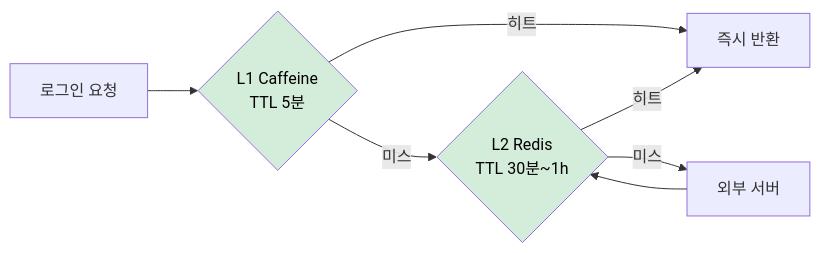
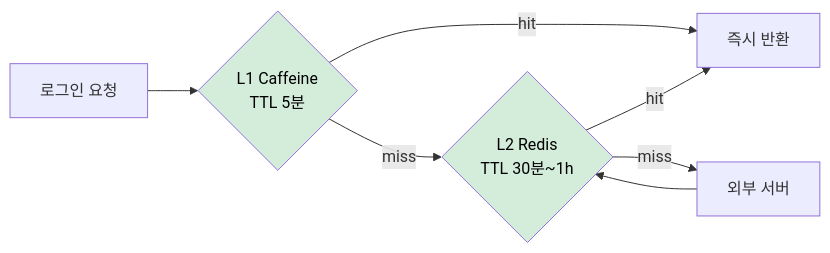
Before and after one commit to sujinnkim/A_Personal: the third of 4 diagrams in docs/04-architecture-analysis/3.2-problem-analysis-and-strategy/AS-03-외부권한조회다층캐시적용.md, drawn with Mermaid. The commit also changed other lines of this file and 10 other files, not shown here.

First line of the commit message:
docs: 캐시 관련 한국어 표기 '히트'/'미스' → 영어 'hit'/'miss' 통일

````diff
--- a/docs/04-architecture-analysis/3.2-problem-analysis-and-strategy/AS-03-외부권한조회다층캐시적용.md
+++ b/docs/04-architecture-analysis/3.2-problem-analysis-and-strategy/AS-03-외부권한조회다층캐시적용.md
@@ -79,11 +79,11 @@
 ```mermaid
 flowchart LR
     REQ["로그인 요청"] --> L1{"L1 Caffeine\nTTL 5분"}
-    L1 -->|"히트"| RESP["즉시 반환"]
-    L1 -->|"미스"| L2{"L2 Redis\nTTL 30분~1h"}
-    L2 -->|"히트"| RESP
-    L2 -->|"미스"| EXT["외부 서버"]
+    L1 -->|"hit"| RESP["즉시 반환"]
+    L1 -->|"miss"| L2{"L2 Redis\nTTL 30분~1h"}
+    L2 -->|"hit"| RESP
+    L2 -->|"miss"| EXT["외부 서버"]
     EXT --> L2
     style L1 fill:#d4edda,color:#000
     style L2 fill:#d4edda,color:#000
 ```
````
